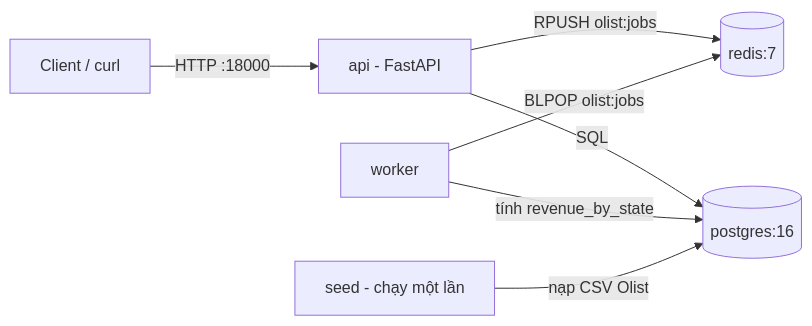
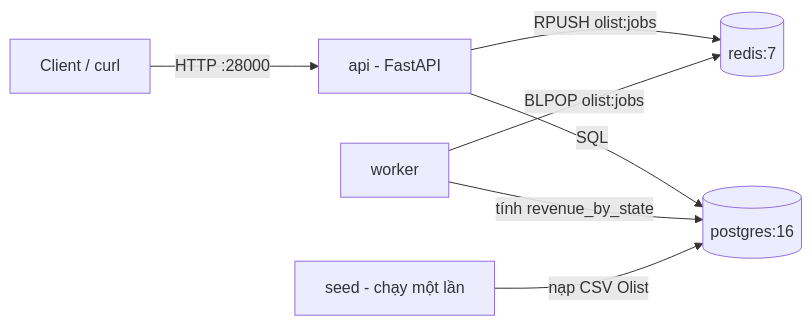
One commit to Buicongbang04/Learning_Platform changed the diagram in tracks/devops/sample-app/README.md. Above: the diagram before and after it, drawn with Mermaid. The commit also changed other lines of this file and 6 other files, not shown here.

````diff
--- a/tracks/devops/sample-app/README.md
+++ b/tracks/devops/sample-app/README.md
@@ -8,9 +8,9 @@
 ```mermaid
 flowchart LR
-    client[Client / curl] -->|HTTP :18000| api[api - FastAPI]
+    client[Client / curl] -->|HTTP :28000| api[api - FastAPI]
     api -->|SQL| pg[(postgres:16)]
     api -->|RPUSH olist:jobs| redis[(redis:7)]
     worker[worker] -->|BLPOP olist:jobs| redis
     worker -->|tính revenue_by_state| pg
     seed[seed - chạy một lần] -->|nạp CSV Olist| pg
 ```
````
